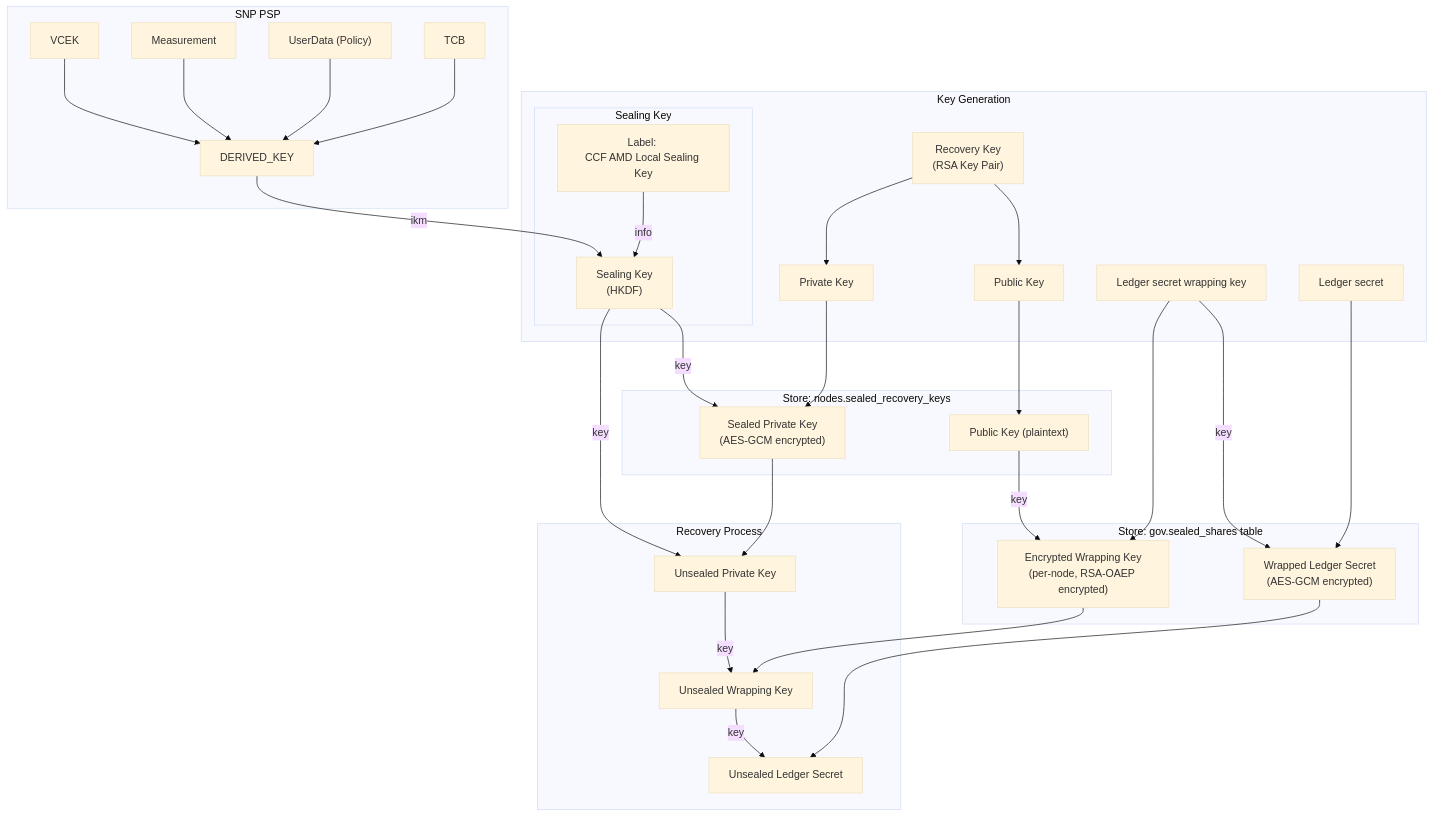
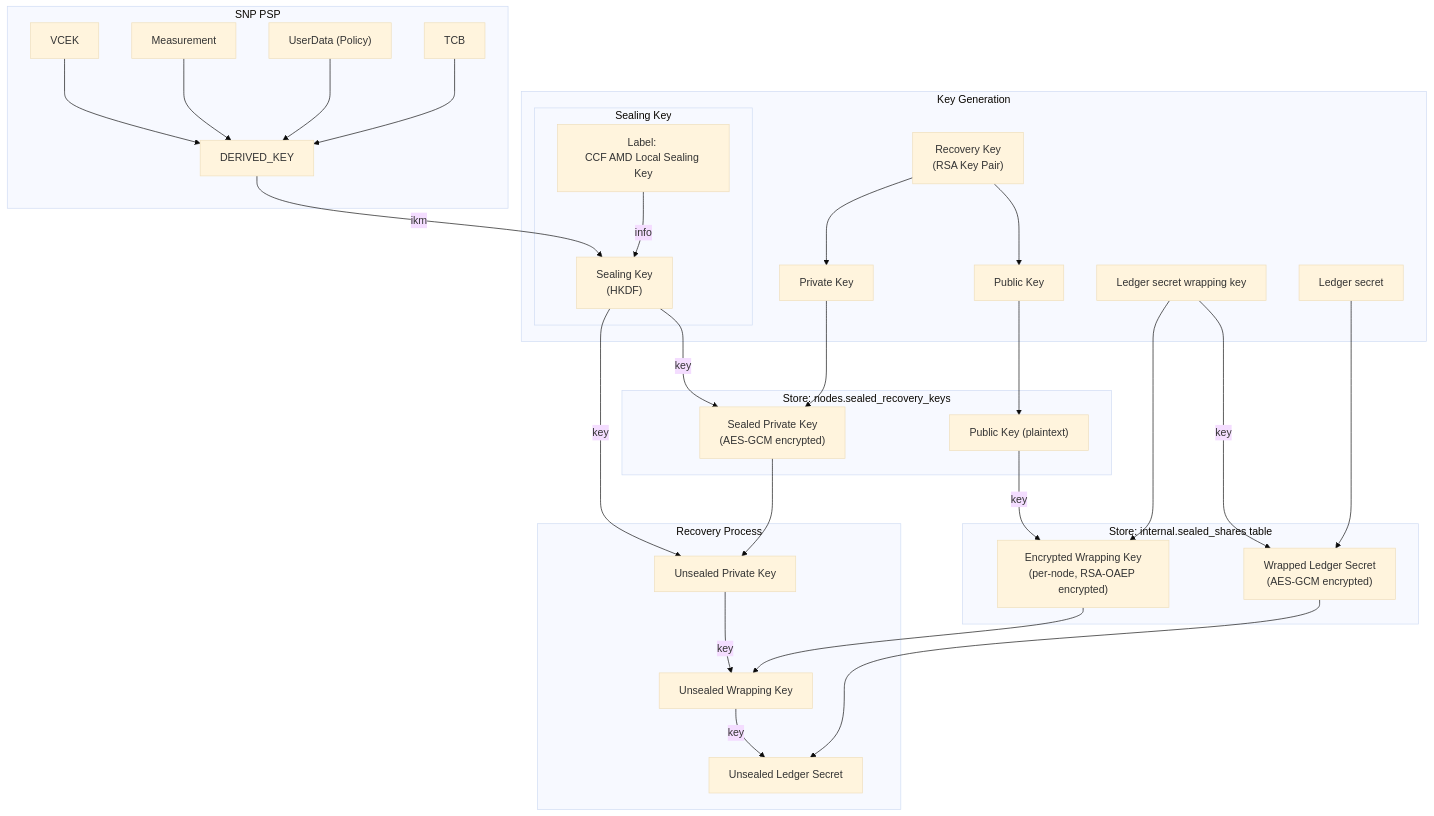
One commit to microsoft/CCF changed the fourth of 6 diagrams in doc/operations/recovery.rst. Above: the diagram before and after it, drawn with Mermaid (base theme).

```diff
--- a/doc/operations/recovery.rst
+++ b/doc/operations/recovery.rst
@@ -134,67 +134,67 @@
 .. mermaid::
 
     flowchart TB
         subgraph SNP["SNP PSP"]
             DK["DERIVED_KEY"]
             VCEK
             Measurement
             Policy["UserData (Policy)"]
             TCB
 
             VCEK --> DK
             Measurement --> DK
             Policy --> DK            
             TCB --> DK
         end
 
         subgraph KG["Key Generation"]
             subgraph Sealing Key
                 SK["Sealing Key<br/>(HKDF)"]
                 Label["Label: <br/>CCF AMD Local Sealing Key"]
                 DK -->|ikm| SK
                 Label -->|info| SK
             end
             
             RSA["Recovery Key<br/>(RSA Key Pair)"]
             PubKey["Public Key"]
             PrivKey["Private Key"]
             RSA --> PubKey
             RSA --> PrivKey
 
             LS["Ledger secret"]
             LSWK["Ledger secret wrapping key"]
         end
 
         subgraph Sealed["Store: nodes.sealed_recovery_keys"]
             SPK["Sealed Private Key<br/>(AES-GCM encrypted)"]
             SK -->|key| SPK
             PrivKey --> SPK
 
             StoredPubKey["Public Key (plaintext)"]
             PubKey --> StoredPubKey
         end
 
 
-        subgraph Shares["Store: gov.sealed_shares table"]
+        subgraph Shares["Store: internal.sealed_shares table"]
             WLS["Wrapped Ledger Secret<br/>(AES-GCM encrypted)"]
             LSWK -->|key| WLS
             LS --> WLS
 
             EWK["Encrypted Wrapping Key<br/>(per-node, RSA-OAEP encrypted)"]
             StoredPubKey -->|key| EWK
             LSWK --> EWK
         end
 
         subgraph Recovery["Recovery Process"]
             UPK["Unsealed Private Key"]
             SK -->|key| UPK
             SPK --> UPK
 
             UWK["Unsealed Wrapping Key"]
             UPK -->|key| UWK
             EWK --> UWK
 
             ULS["Unsealed Ledger Secret"]
             UWK -->|key| ULS
             WLS --> ULS            
         end
```
